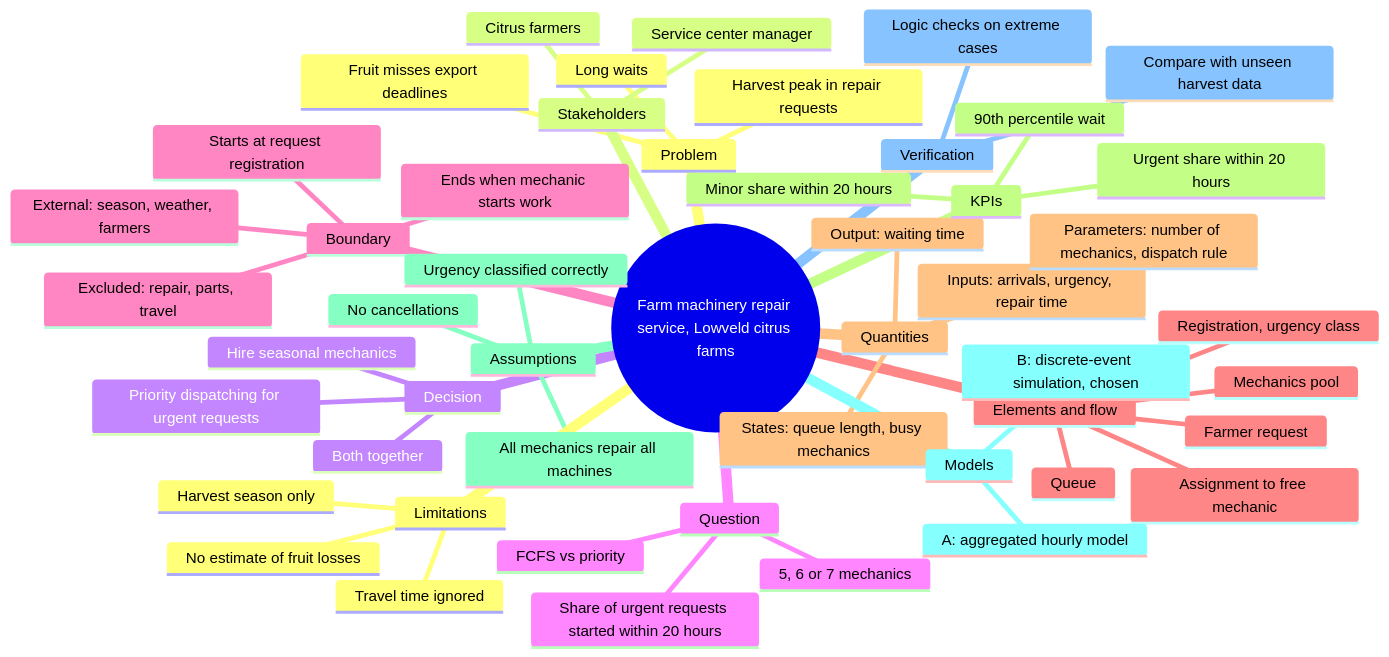
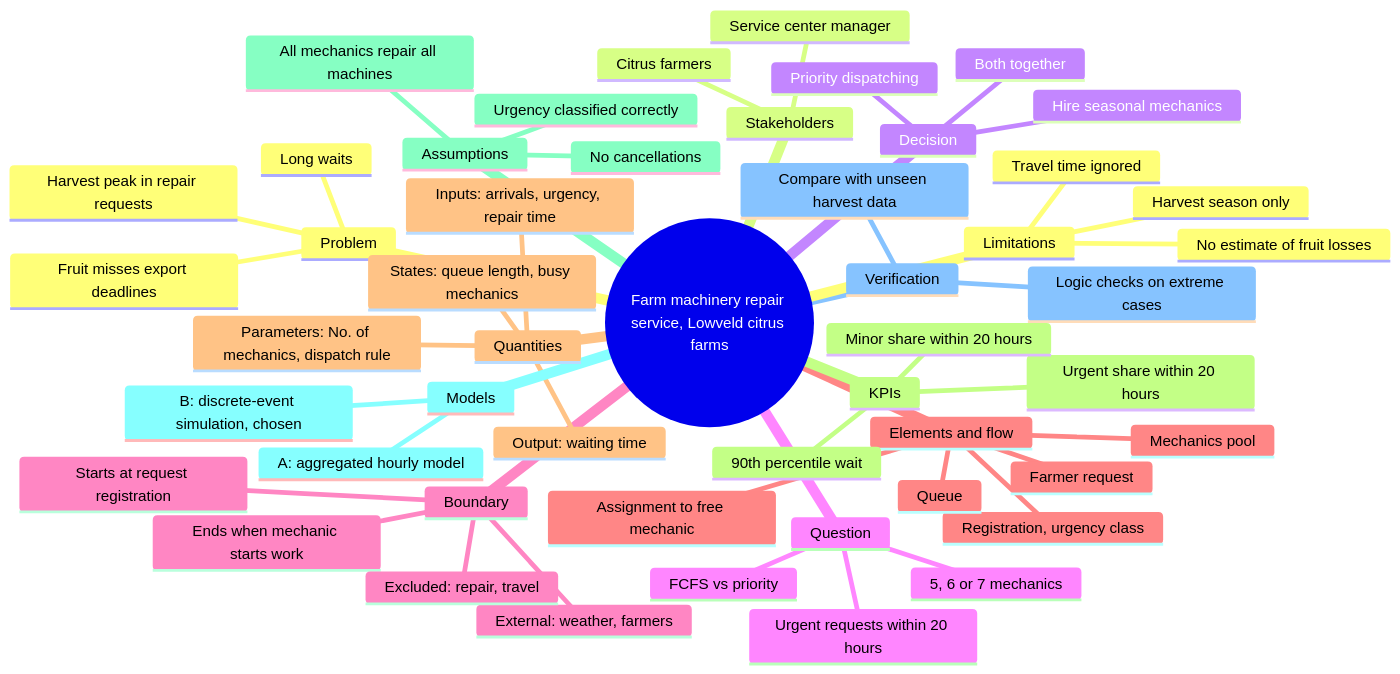
Before and after one commit to Timana442/Citrus-Farm-Repair-Model: the first of 2 diagrams in README.md, drawn with Mermaid.

Commit message:
Refine language in README for clarity
Updated terminology for clarity and consistency in the README.

````diff
--- a/README.md
+++ b/README.md
@@ -5,53 +5,53 @@
 ```mermaid
 mindmap
   root((Farm machinery repair service, Lowveld citrus farms))
     Problem
       Harvest peak in repair requests
       Long waits
       Fruit misses export deadlines
     Stakeholders
       Service center manager
       Citrus farmers
     Decision
       Hire seasonal mechanics
-      Priority dispatching for urgent requests
+      Priority dispatching
       Both together
     Question
-      Share of urgent requests started within 20 hours
+      Urgent requests within 20 hours
       5, 6 or 7 mechanics
       FCFS vs priority
     Boundary
       Starts at request registration
       Ends when mechanic starts work
-      External: season, weather, farmers
-      Excluded: repair, parts, travel
+      External: weather, farmers
+      Excluded: repair, travel
     Elements and flow
       Farmer request
       Registration, urgency class
       Queue
       Assignment to free mechanic
       Mechanics pool
     Quantities
       Inputs: arrivals, urgency, repair time
       States: queue length, busy mechanics
-      Parameters: number of mechanics, dispatch rule
+      Parameters: No. of mechanics, dispatch rule
       Output: waiting time
     KPIs
       Urgent share within 20 hours
       90th percentile wait
       Minor share within 20 hours
     Assumptions
       All mechanics repair all machines
       Urgency classified correctly
       No cancellations
     Models
       A: aggregated hourly model
       B: discrete-event simulation, chosen
     Verification
       Logic checks on extreme cases
       Compare with unseen harvest data
     Limitations
       No estimate of fruit losses
       Harvest season only
       Travel time ignored
 ```
````
